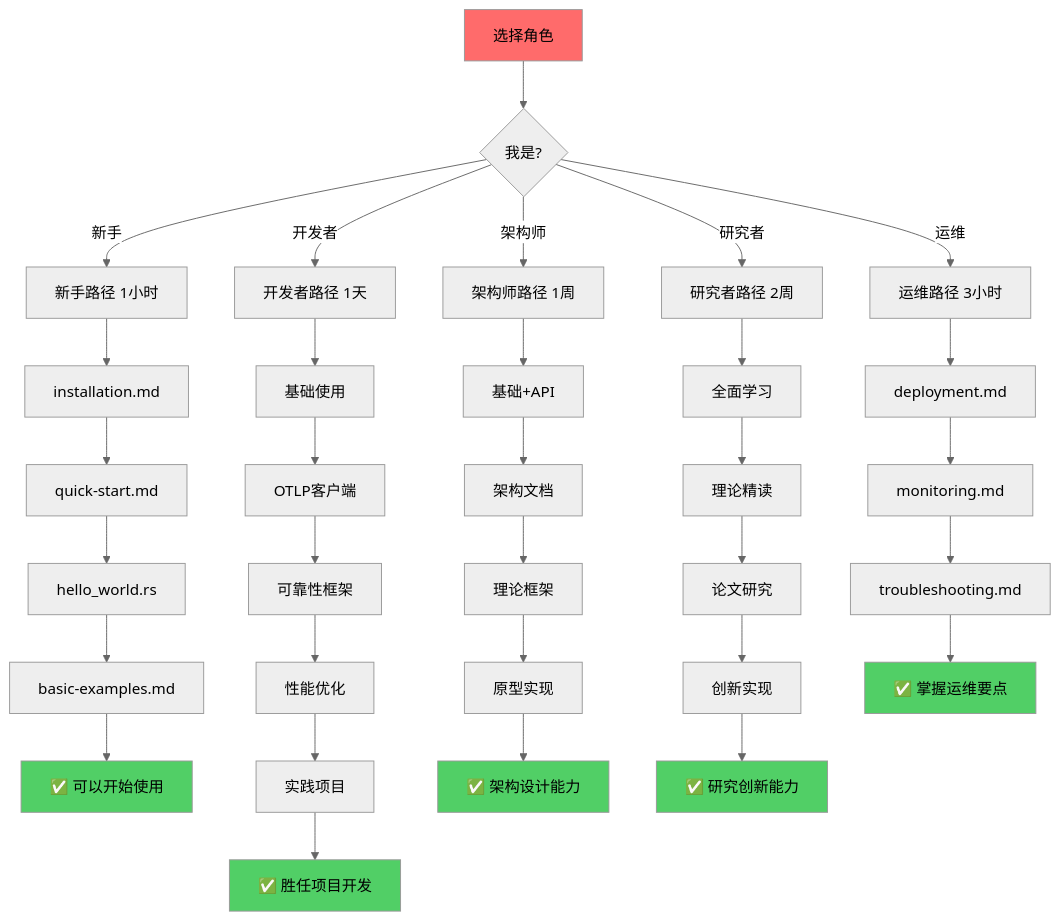
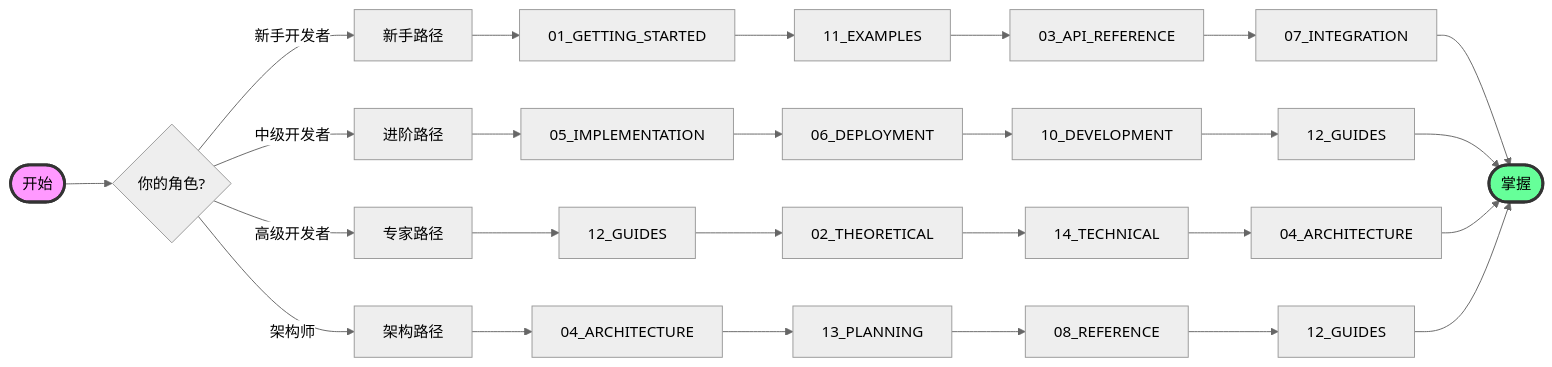
Before and after one commit to AdaMartin18010/OTLP_rust: the second of 4 diagrams in docs/00_INDEX/KNOWLEDGE_GRAPH.md, drawn with Mermaid (neutral theme). The commit also changed other lines of this file and 53 other files, not shown here.

````diff
--- a/docs/00_INDEX/KNOWLEDGE_GRAPH.md
+++ b/docs/00_INDEX/KNOWLEDGE_GRAPH.md
@@ -595,47 +96,39 @@
 ```mermaid
-graph TB
-    START[选择角色] --> ROLE{我是?}
+graph LR
+    Start([开始])
     
-    ROLE -->|新手| PATH1[新手路径 1小时]
-    ROLE -->|开发者| PATH2[开发者路径 1天]
-    ROLE -->|架构师| PATH3[架构师路径 1周]
-    ROLE -->|研究者| PATH4[研究者路径 2周]
-    ROLE -->|运维| PATH5[运维路径 3小时]
+    Start --> Role{你的角色?}
     
-    PATH1 --> N1[installation.md]
-    N1 --> N2[quick-start.md]
-    N2 --> N3[hello_world.rs]
-    N3 --> N4[basic-examples.md]
-    N4 --> DONE1[✅ 可以开始使用]
+    Role -->|新手开发者| Beginner[新手路径]
+    Role -->|中级开发者| Intermediate[进阶路径]
+    Role -->|高级开发者| Expert[专家路径]
+    Role -->|架构师| Architect[架构路径]
     
-    PATH2 --> D1[基础使用]
-    D1 --> D2[OTLP客户端]
-    D2 --> D3[可靠性框架]
-    D3 --> D4[性能优化]
-    D4 --> D5[实践项目]
-    D5 --> DONE2[✅ 胜任项目开发]
+    Beginner --> B1[01_GETTING_STARTED]
+    B1 --> B2[11_EXAMPLES]
+    B2 --> B3[03_API_REFERENCE]
+    B3 --> B4[07_INTEGRATION]
     
-    PATH3 --> A1[基础+API]
-    A1 --> A2[架构文档]
-    A2 --> A3[理论框架]
-    A3 --> A4[原型实现]
-    A4 --> DONE3[✅ 架构设计能力]
+    Intermediate --> I1[05_IMPLEMENTATION]
+    I1 --> I2[06_DEPLOYMENT]
+    I2 --> I3[10_DEVELOPMENT]
+    I3 --> I4[12_GUIDES]
     
-    PATH4 --> R1[全面学习]
-    R1 --> R2[理论精读]
-    R2 --> R3[论文研究]
-    R3 --> R4[创新实现]
-    R4 --> DONE4[✅ 研究创新能力]
+    Expert --> E1[12_GUIDES]
+    E1 --> E2[02_THEORETICAL]
+    E2 --> E3[14_TECHNICAL]
+    E3 --> E4[04_ARCHITECTURE]
     
-    PATH5 --> O1[deployment.md]
-    O1 --> O2[monitoring.md]
-    O2 --> O3[troubleshooting.md]
-    O3 --> DONE5[✅ 掌握运维要点]
+    Architect --> A1[04_ARCHITECTURE]
+    A1 --> A2[13_PLANNING]
+    A2 --> A3[08_REFERENCE]
+    A3 --> A4[12_GUIDES]
     
-    style START fill:#ff6b6b
-    style DONE1 fill:#51cf66
-    style DONE2 fill:#51cf66
-    style DONE3 fill:#51cf66
-    style DONE4 fill:#51cf66
-    style DONE5 fill:#51cf66
+    B4 --> Success([掌握])
+    I4 --> Success
+    E4 --> Success
+    A4 --> Success
+    
+    style Start fill:#f9f,stroke:#333,stroke-width:3px
+    style Success fill:#6f9,stroke:#333,stroke-width:3px
 ```
````
